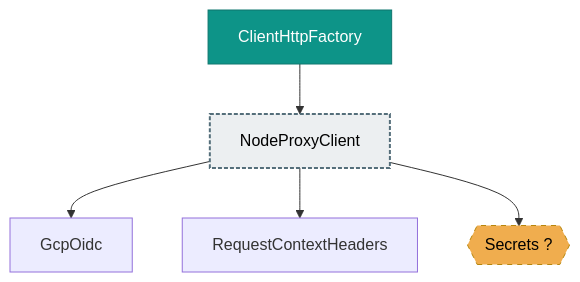
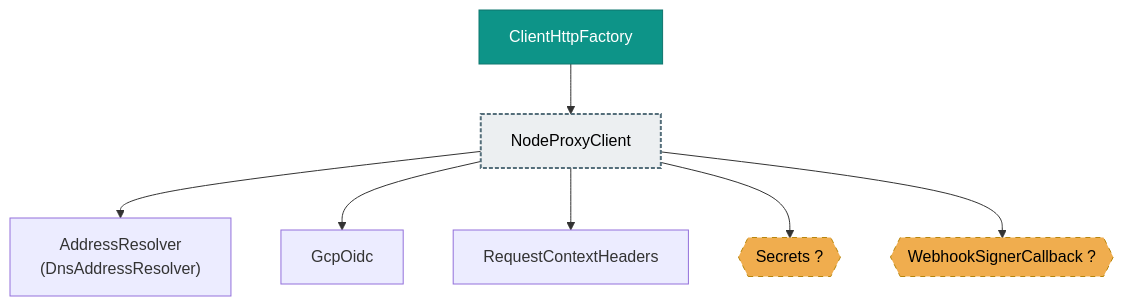
One commit to deanhiller/webpieces-ts changed the diagram in packages/http/http-client-node/design.md. Above: the diagram before and after it, drawn with Mermaid. The commit also changed 45 other files, not shown here.

````diff
--- a/packages/http/http-client-node/design.md
+++ b/packages/http/http-client-node/design.md
@@ -13,19 +13,23 @@
 ```mermaid
 graph TD
     ClientHttpFactory["ClientHttpFactory"]:::apiImpl
+    DnsAddressResolver["AddressResolver<br/>(DnsAddressResolver)"]
     GcpOidc["GcpOidc"]
     NodeProxyClient["NodeProxyClient"]:::many
     RequestContextHeaders["RequestContextHeaders"]
     Secrets{{"Secrets ?"}}:::unresolved
+    WebhookSignerCallback{{"WebhookSignerCallback ?"}}:::unresolved
     ClientHttpFactory --> NodeProxyClient
+    NodeProxyClient --> DnsAddressResolver
     NodeProxyClient --> GcpOidc
     NodeProxyClient --> RequestContextHeaders
     NodeProxyClient --> Secrets
+    NodeProxyClient --> WebhookSignerCallback
     classDef controller fill:#1f6feb,color:#ffffff,stroke:#0d419d
     classDef apiImpl fill:#0d9488,color:#ffffff,stroke:#0f766e
     classDef component fill:#2da44e,color:#ffffff,stroke:#1a7f37
     classDef unresolved fill:#f0ad4e,color:#000000,stroke:#b8860b,stroke-dasharray: 5 5
     classDef external fill:#b39ddb,color:#000000,stroke:#5e35b1,stroke-width:3px
     classDef api fill:#4fc3f7,color:#000000,stroke:#0277bd,stroke-width:3px
     classDef many fill:#eceff1,color:#000000,stroke:#546e7a,stroke-width:2px,stroke-dasharray: 4 2
 ```
````
